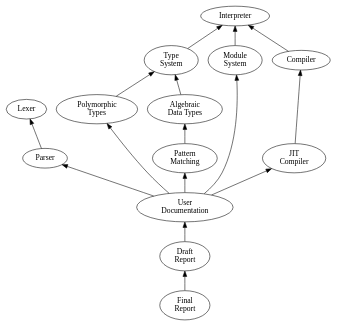
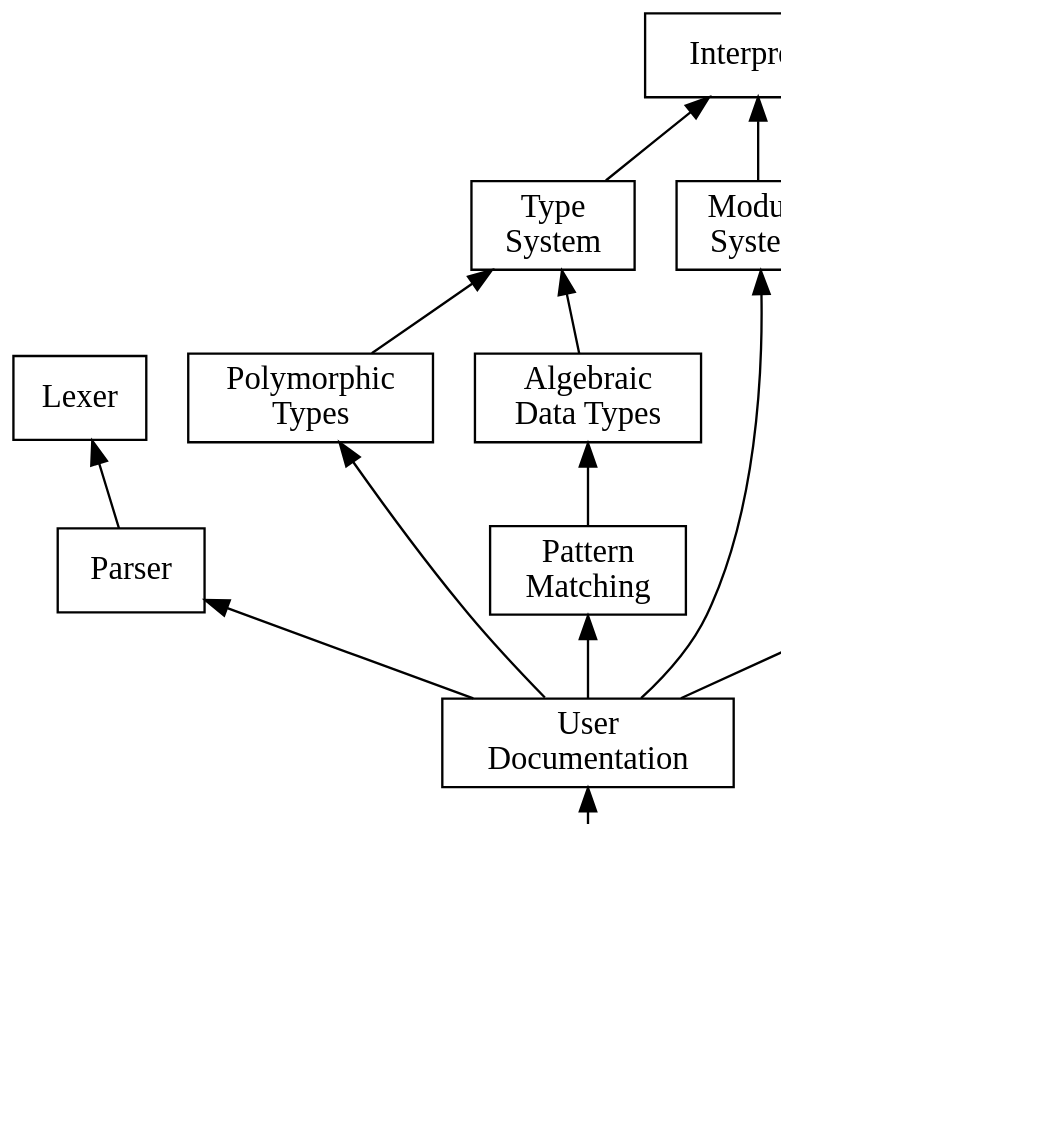
The diagram in doc/task_dependencies.dot (alexj136/fyp), drawn with Graphviz before and after one commit. The commit also changed 2 other files, not shown here.

```diff
--- a/doc/task_dependencies.dot
+++ b/doc/task_dependencies.dot
@@ -1,29 +1,31 @@
 digraph task_dependencies {
     rankdir=BT;
+    graph [autosize=false, size="27,15!", resolution=100];
+    node [shape=box];
 
     Compiler -> Interpreter;
 
     Parser -> Lexer;
 
     "Type\nSystem" -> Interpreter;
 
     "Polymorphic\nTypes" -> "Type\nSystem";
 
     "Draft\nReport" -> "User\nDocumentation";
 
     "Final\nReport" -> "Draft\nReport";
 
     "Algebraic\nData Types" -> "Type\nSystem";
 
     "Pattern\nMatching" -> "Algebraic\nData Types";
 
     "Module\nSystem" -> Interpreter;
 
     "JIT\nCompiler" -> Compiler;
 
     "User\nDocumentation" -> "JIT\nCompiler";
     "User\nDocumentation" -> "Module\nSystem";
     "User\nDocumentation" -> Parser;
     "User\nDocumentation" -> "Polymorphic\nTypes";
     "User\nDocumentation" -> "Pattern\nMatching";
 }
```
